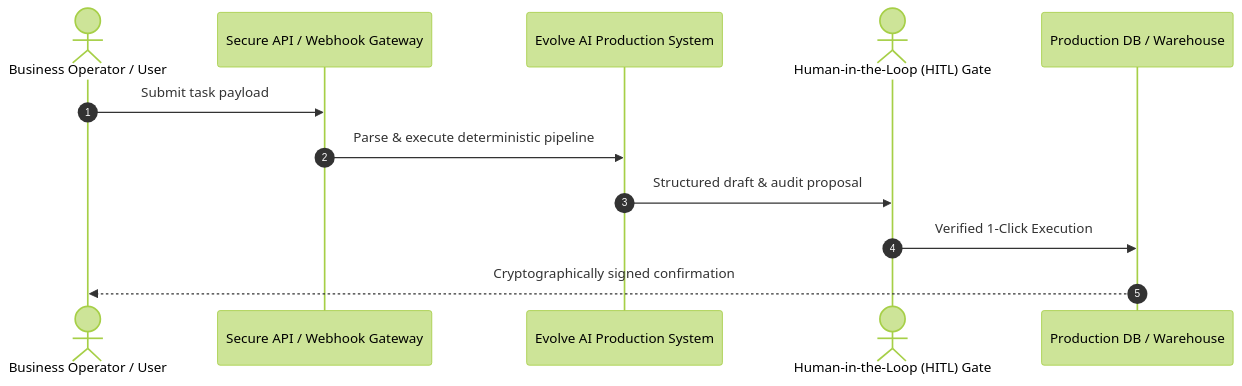
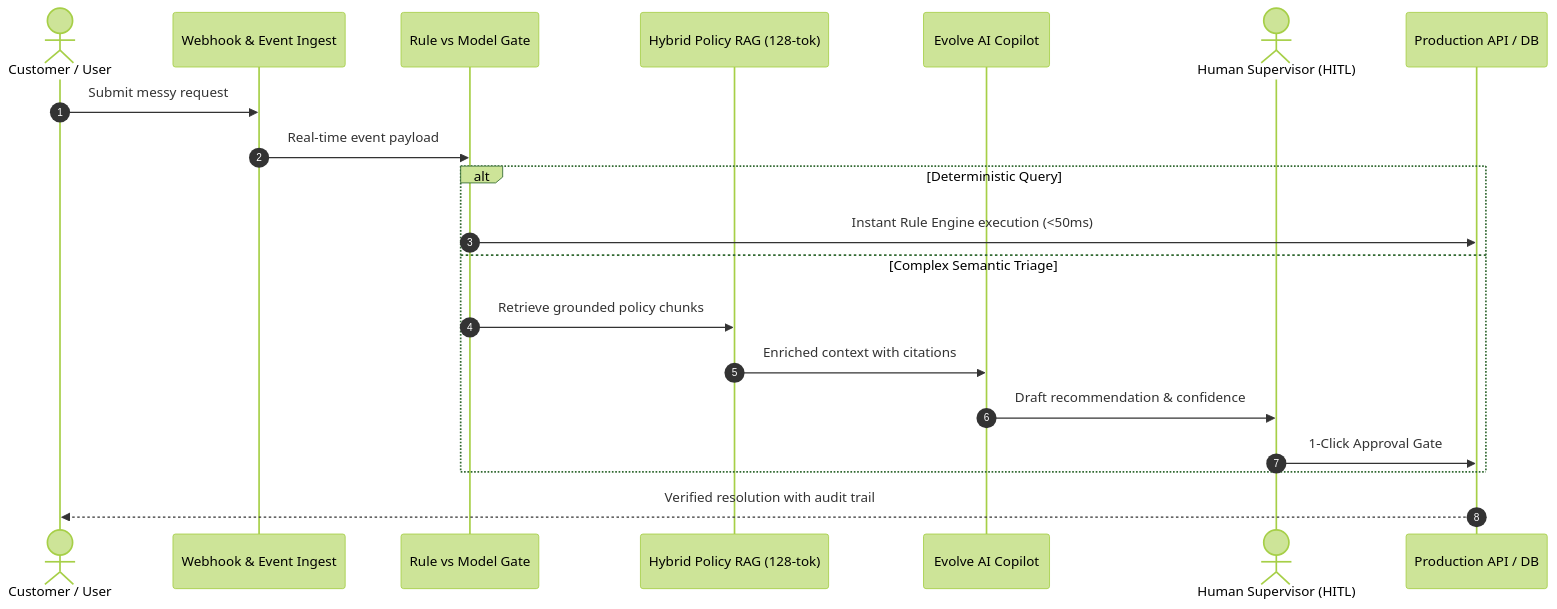
The diagram in docs/WORKFLOW_TOPOLOGY.md (EvolveMinds/codeforge-ai-vscode), drawn with Mermaid (forest theme) before and after one commit. The commit also changed other lines of this file and 20 other files, not shown here.

````diff
--- a/docs/WORKFLOW_TOPOLOGY.md
+++ b/docs/WORKFLOW_TOPOLOGY.md
@@ -3,15 +4,23 @@
 ```mermaid
 sequenceDiagram
     autonumber
-    actor Operator as Business Operator / User
-    participant Ingest as Secure API / Webhook Gateway
-    participant Agent as Evolve AI Production System
-    actor Supervisor as Human-in-the-Loop (HITL) Gate
-    participant Target as Production DB / Warehouse
+    actor User as Customer / User
+    participant Hook as Webhook & Event Ingest
+    participant Router as Rule vs Model Gate
+    participant RAG as Hybrid Policy RAG (128-tok)
+    participant Copilot as Evolve AI Copilot
+    actor Human as Human Supervisor (HITL)
+    participant Core as Production API / DB
     
-    Operator->>Ingest: Submit task payload
-    Ingest->>Agent: Parse & execute deterministic pipeline
-    Agent->>Supervisor: Structured draft & audit proposal
-    Supervisor->>Target: Verified 1-Click Execution
-    Target-->>Operator: Cryptographically signed confirmation
+    User->>Hook: Submit messy request
+    Hook->>Router: Real-time event payload
+    alt Deterministic Query
+        Router->>Core: Instant Rule Engine execution (<50ms)
+    else Complex Semantic Triage
+        Router->>RAG: Retrieve grounded policy chunks
+        RAG->>Copilot: Enriched context with citations
+        Copilot->>Human: Draft recommendation & confidence
+        Human->>Core: 1-Click Approval Gate
+    end
+    Core-->>User: Verified resolution with audit trail
 ```
````
